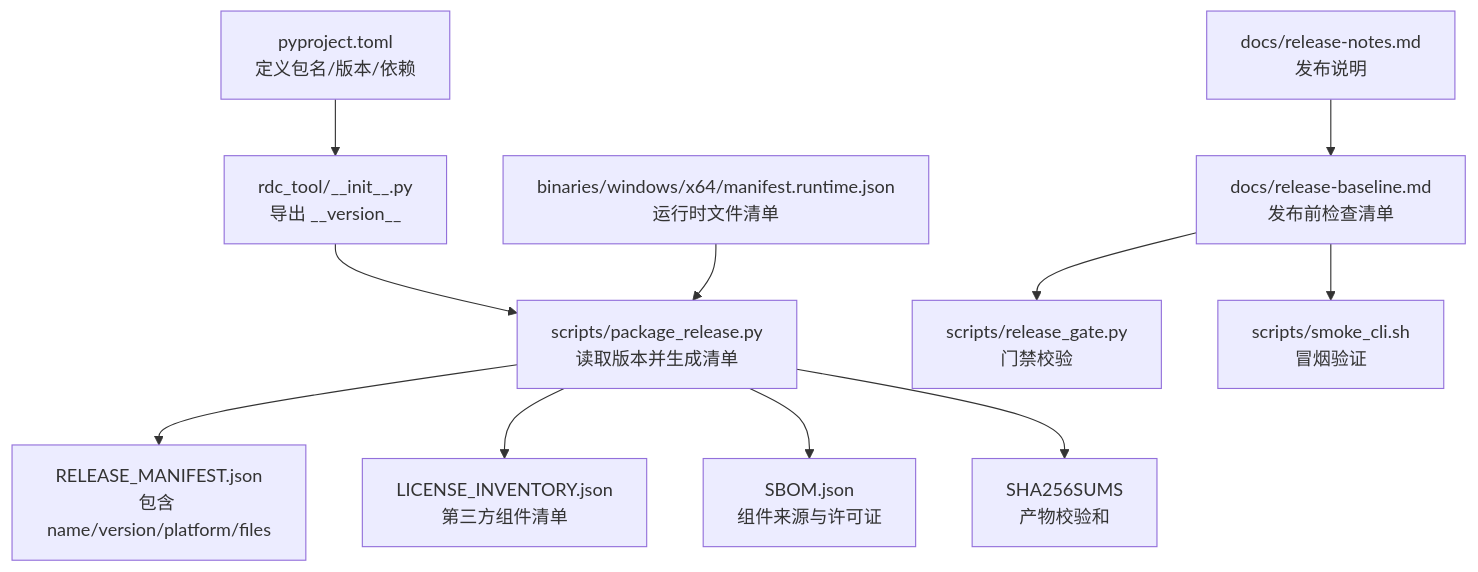
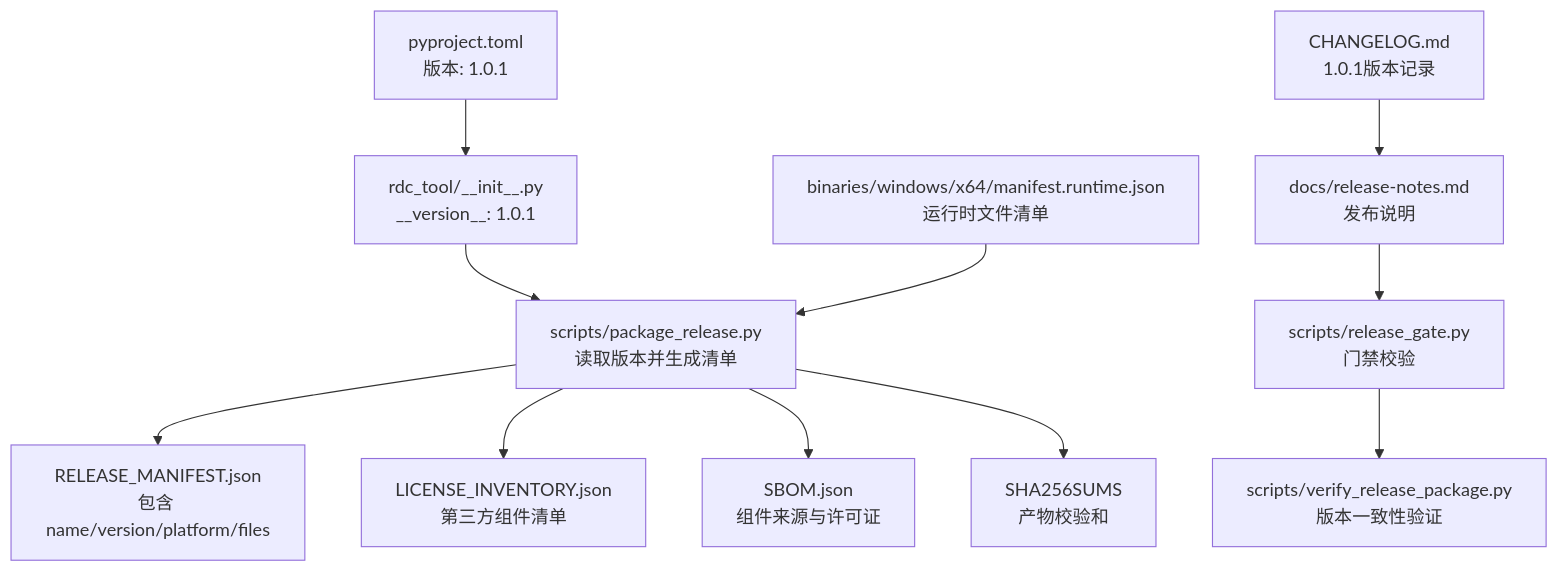
Before and after one commit to haolange/RDC-Tool: the first of 5 diagrams in .qoder/repowiki/zh/content/部署和发布/版本管理.md, drawn with Mermaid. The commit also changed other lines of this file and 53 other files, not shown here.

````diff
--- a/.qoder/repowiki/zh/content/部署和发布/版本管理.md
+++ b/.qoder/repowiki/zh/content/部署和发布/版本管理.md
@@ -43,13 +48,13 @@
 ```mermaid
 graph TB
-A["pyproject.toml<br/>定义包名/版本/依赖"] --> B["rdc_tool/__init__.py<br/>导出 __version__"]
+A["pyproject.toml<br/>版本: 1.0.1"] --> B["rdc_tool/__init__.py<br/>__version__: 1.0.1"]
 B --> C["scripts/package_release.py<br/>读取版本并生成清单"]
 C --> D["RELEASE_MANIFEST.json<br/>包含 name/version/platform/files"]
 C --> E["LICENSE_INVENTORY.json<br/>第三方组件清单"]
 C --> F["SBOM.json<br/>组件来源与许可证"]
 C --> G["SHA256SUMS<br/>产物校验和"]
 H["binaries/windows/x64/manifest.runtime.json<br/>运行时文件清单"] --> C
-I["docs/release-notes.md<br/>发布说明"] --> J["docs/release-baseline.md<br/>发布前检查清单"]
+I["CHANGELOG.md<br/>1.0.1版本记录"] --> J["docs/release-notes.md<br/>发布说明"]
 J --> K["scripts/release_gate.py<br/>门禁校验"]
-J --> L["scripts/smoke_cli.sh<br/>冒烟验证"]
+K --> L["scripts/verify_release_package.py<br/>版本一致性验证"]
 ```
````
